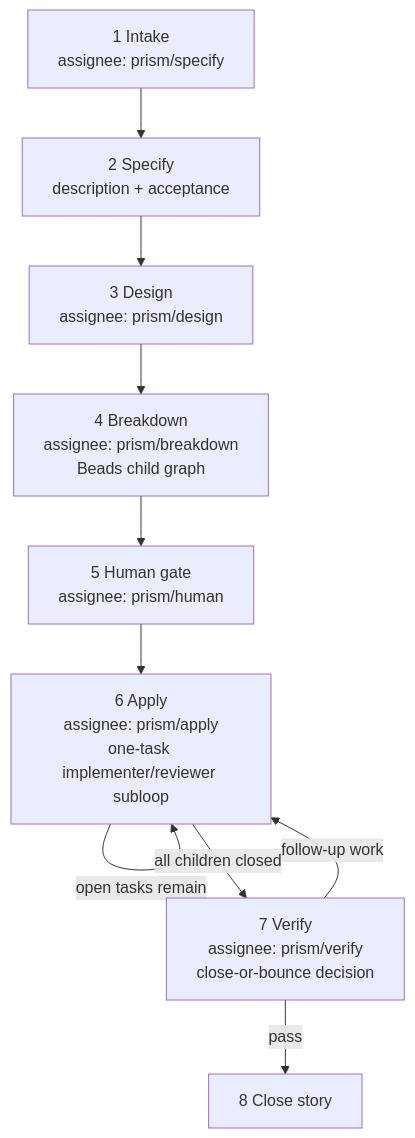
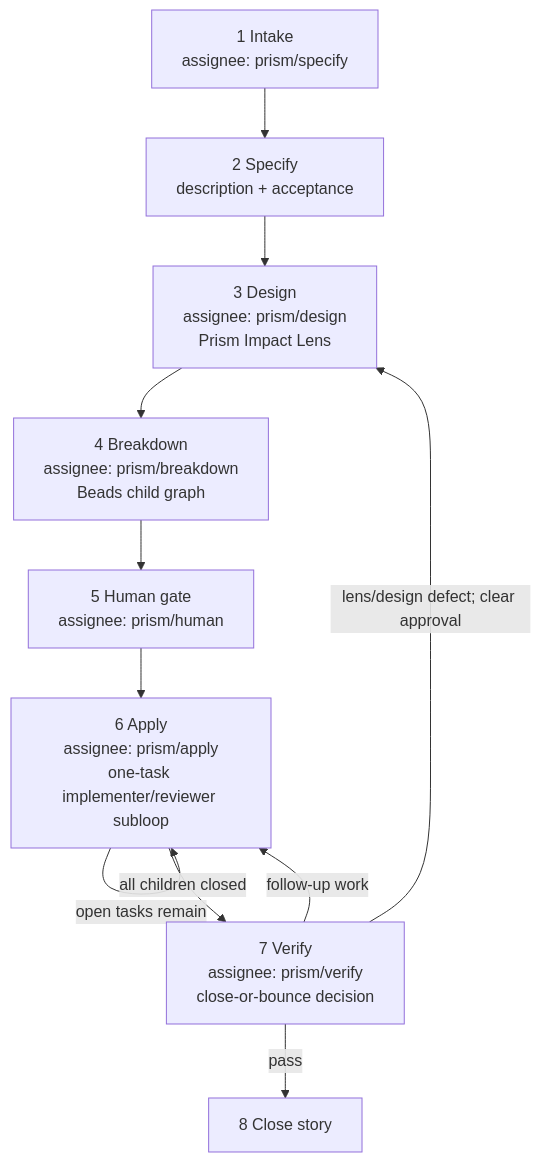
One commit to baldaworks/prism changed the diagram in plugins/prism/prefixed-skills/prism-lifecycle/references/lifecycle.md. Above: the diagram before and after it, drawn with Mermaid. The commit also changed other lines of this file and 44 other files, not shown here.

First line of the commit message:
feat(prism): enforce impact-aware lifecycle gates

````diff
--- a/plugins/prism/prefixed-skills/prism-lifecycle/references/lifecycle.md
+++ b/plugins/prism/prefixed-skills/prism-lifecycle/references/lifecycle.md
@@ -15,17 +15,18 @@
 ```mermaid
 flowchart TB
   I["1 Intake<br/>assignee: prism/specify"]
   S["2 Specify<br/>description + acceptance"]
-  D["3 Design<br/>assignee: prism/design"]
+  D["3 Design<br/>assignee: prism/design<br/>Prism Impact Lens"]
   B["4 Breakdown<br/>assignee: prism/breakdown<br/>Beads child graph"]
   H["5 Human gate<br/>assignee: prism/human"]
   A["6 Apply<br/>assignee: prism/apply<br/>one-task implementer/reviewer subloop"]
   V["7 Verify<br/>assignee: prism/verify<br/>close-or-bounce decision"]
   C["8 Close story"]
 
   I --> S --> D --> B --> H --> A
   A -->|"open tasks remain"| A
   A -->|"all children closed"| V
   V -->|"follow-up work"| A
+  V -->|"lens/design defect; clear approval"| D
   V -->|"pass"| C
 ```
````
